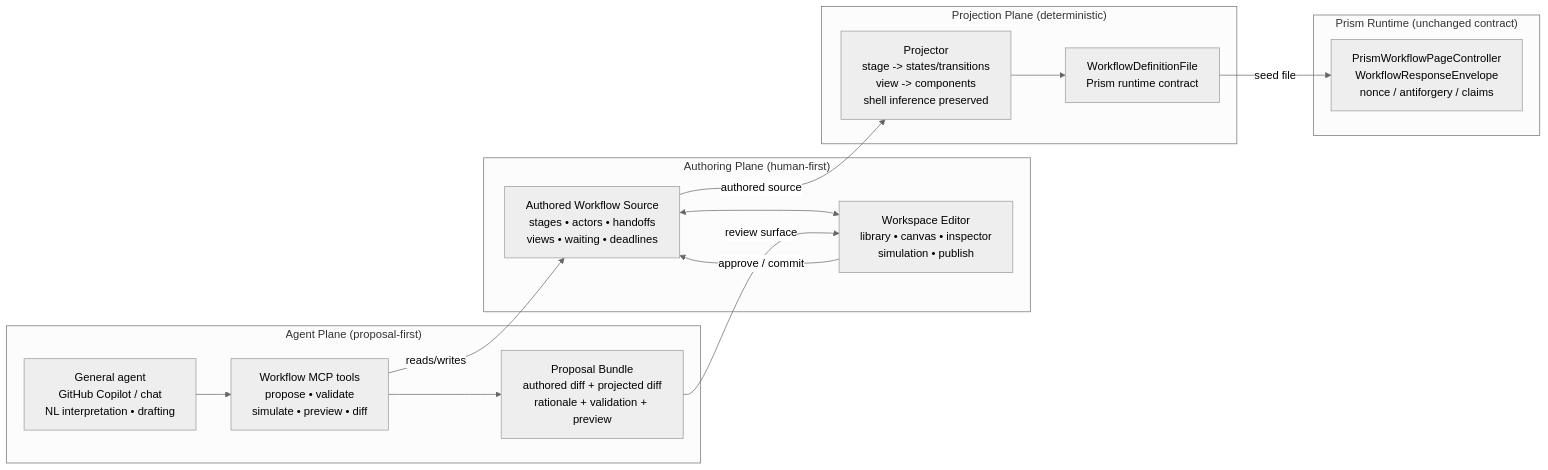
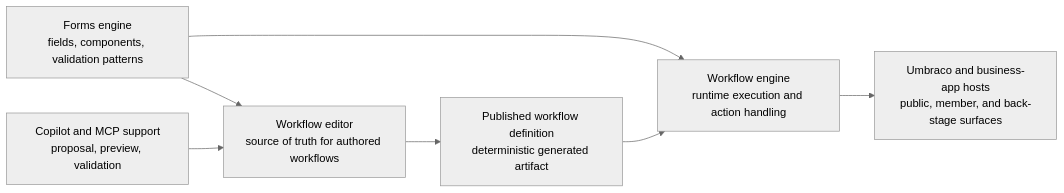
The diagram in docs/design/workflow-editor-v1/README.md (jonnymuir/Umbraco.Prism), drawn with Mermaid (neutral theme) before and after one commit. The commit also changed other lines of this file and 182 other files, not shown here.

First line of the commit message:
Foundation: define workflow schema and authoring data model

````diff
--- a/docs/design/workflow-editor-v1/README.md
+++ b/docs/design/workflow-editor-v1/README.md
@@ -54,31 +89,16 @@
 ```mermaid
 flowchart LR
-  subgraph A["Authoring Plane (human-first)"]
-    A1[Authored Workflow Source<br/>stages • actors • handoffs<br/>views • waiting • deadlines]
-    A2[Workspace Editor<br/>library • canvas • inspector<br/>simulation • publish]
-    A1 <--> A2
-  end
+  E[Workflow editor<br/>source of truth for authored workflows]
+  F[Forms engine<br/>fields, components, validation patterns]
+  P[Published workflow definition<br/>deterministic generated artifact]
+  W[Workflow engine<br/>runtime execution and action handling]
+  U[Umbraco and business-app hosts<br/>public, member, and back-stage surfaces]
+  A[Copilot and MCP support<br/>proposal, preview, validation]
 
-  subgraph P["Projection Plane (deterministic)"]
-    P1[Projector<br/>stage -> states/transitions<br/>view -> components<br/>shell inference preserved]
-    P2[WorkflowDefinitionFile<br/>Prism runtime contract]
-    P1 --> P2
-  end
-
-  subgraph R["Prism Runtime (unchanged contract)"]
-    R1[PrismWorkflowPageController<br/>WorkflowResponseEnvelope<br/>nonce / antiforgery / claims]
-  end
-
-  subgraph G["Agent Plane (proposal-first)"]
-    G1[General agent<br/>GitHub Copilot / chat<br/>NL interpretation • drafting]
-    G2[Workflow MCP tools<br/>propose • validate<br/>simulate • preview • diff]
-    G3[Proposal Bundle<br/>authored diff + projected diff<br/>rationale + validation + preview]
-    G1 --> G2 --> G3
-  end
-
-  A1 -- "authored source" --> P1
-  P2 -- "seed file" --> R1
-  G2 -- "reads/writes" --> A1
-  G3 -- "review surface" --> A2
-  A2 -- "approve / commit" --> A1
+  F --> E
+  E --> P
+  F --> W
+  P --> W
+  W --> U
+  A --> E
 ```
````
